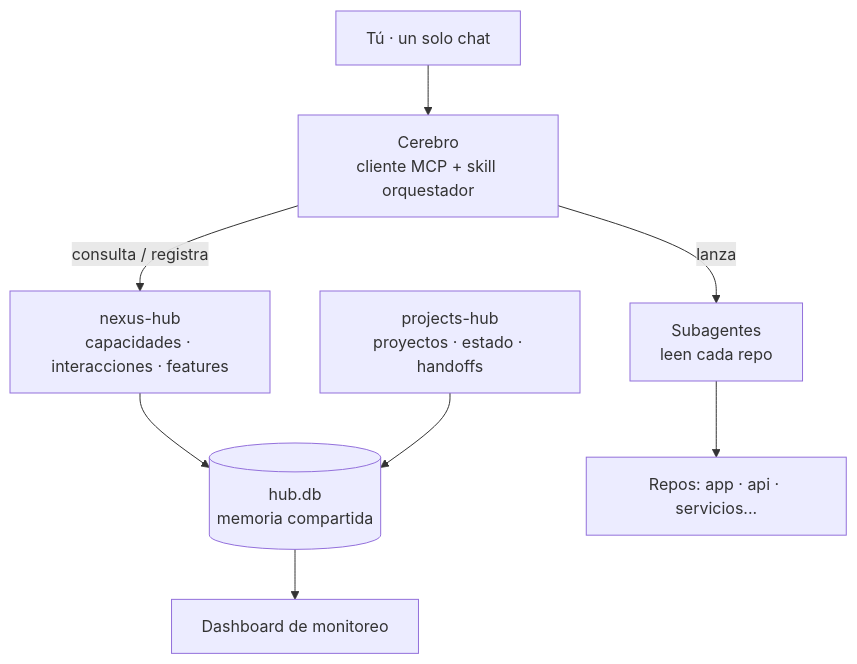
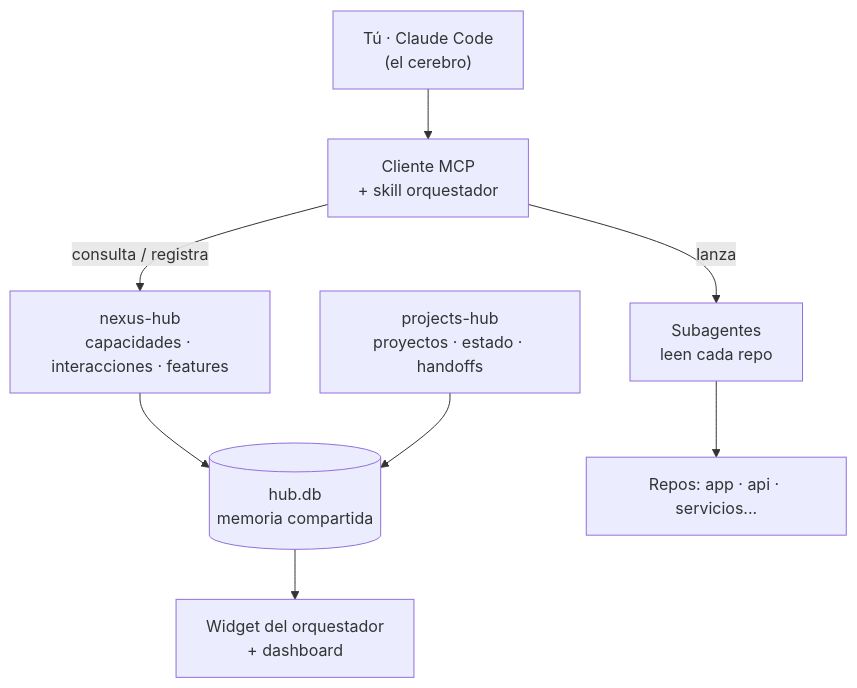
One commit to Yeodeol/Nexus changed the diagram in README.md. Above: the diagram before and after it, drawn with Mermaid. The commit also changed other lines of this file and 2 other files, not shown here.

````diff
--- a/README.md
+++ b/README.md
@@ -33,10 +51,10 @@
 ```mermaid
 flowchart TD
-    U["Tú · un solo chat"] --> B["Cerebro<br/>cliente MCP + skill orquestador"]
+    U["Tú · Claude Code<br/>(el cerebro)"] --> B["Cliente MCP<br/>+ skill orquestador"]
     B -->|consulta / registra| N["nexus-hub<br/>capacidades · interacciones · features"]
     B -->|lanza| S["Subagentes<br/>leen cada repo"]
     N --> DB[("hub.db<br/>memoria compartida")]
     P["projects-hub<br/>proyectos · estado · handoffs"] --> DB
     S --> R["Repos: app · api · servicios..."]
-    DB --> D["Dashboard de monitoreo"]
+    DB --> D["Widget del orquestador<br/>+ dashboard"]
 ```
````
